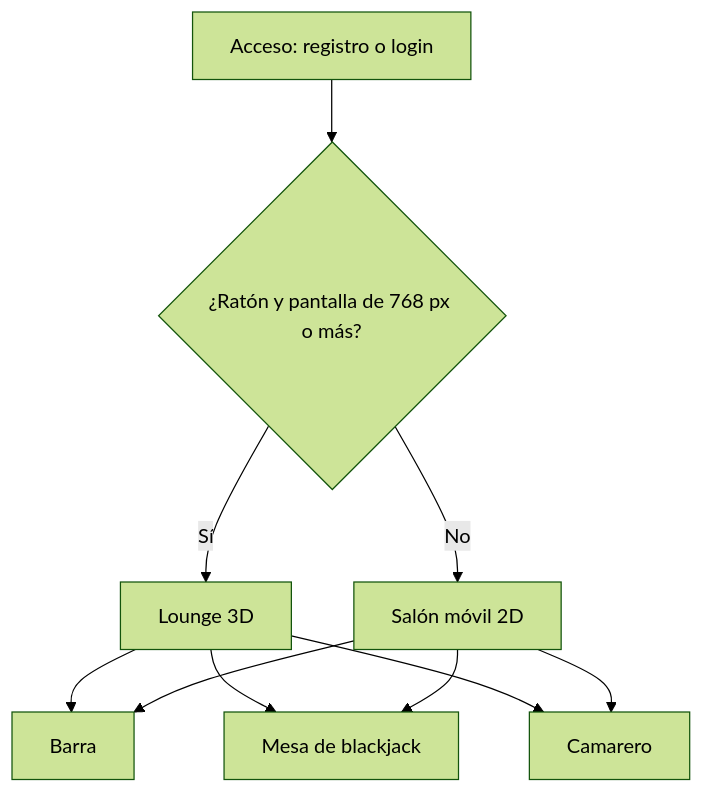
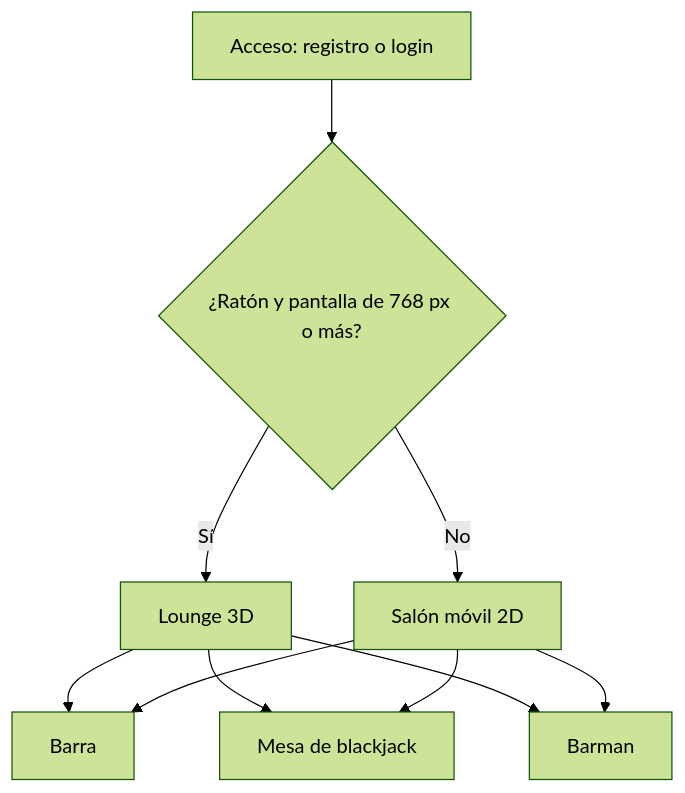
The diagram in README.md (iulian640/iulianlounge-frontend), drawn with Mermaid (forest theme) before and after one commit. The commit also changed other lines of this file and 4 other files, not shown here.

````diff
--- a/README.md
+++ b/README.md
@@ -149,12 +165,12 @@
 ```mermaid
 flowchart TD
     A[Acceso: registro o login] --> B{¿Ratón y pantalla de 768 px o más?}
     B -- Sí --> C[Lounge 3D]
     B -- No --> D[Salón móvil 2D]
     C --> E[Barra]
     C --> F[Mesa de blackjack]
-    C --> G[Camarero]
+    C --> G[Barman]
     D --> E
     D --> F
     D --> G
 ```
````
